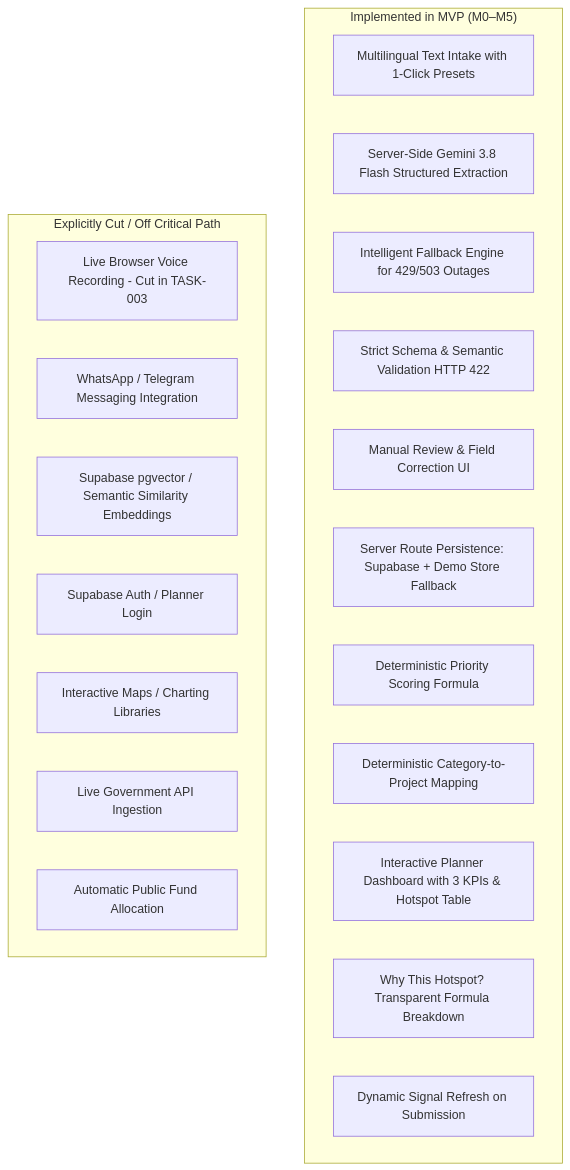
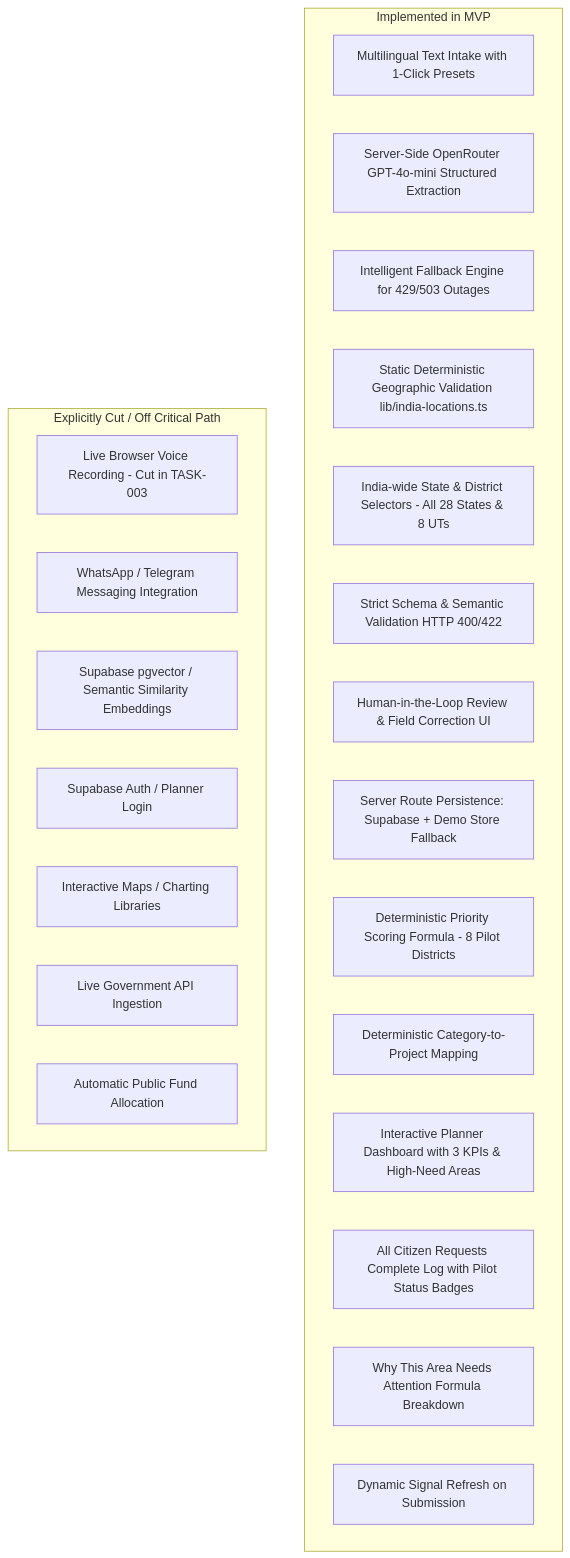
The diagram in docs/01_prd.md (preethamsolanki28/jansanket), drawn with Mermaid before and after one commit. The commit also changed other lines of this file and 19 other files, not shown here.

Commit message:
feat: expand citizen intake nationwide, decouple pilot analytics, and add all-requests dashboard feed

````diff
--- a/docs/01_prd.md
+++ b/docs/01_prd.md
@@ -56,26 +59,29 @@
 ```mermaid
 flowchart TD
-    subgraph Implemented ["Implemented in MVP (M0–M5)"]
+    subgraph Implemented ["Implemented in MVP"]
         F1[Multilingual Text Intake with 1-Click Presets]
-        F2[Server-Side Gemini 3.8 Flash Structured Extraction]
+        F2[Server-Side OpenRouter GPT-4o-mini Structured Extraction]
         F3[Intelligent Fallback Engine for 429/503 Outages]
-        F4[Strict Schema & Semantic Validation HTTP 422]
-        F5[Manual Review & Field Correction UI]
-        F6[Server Route Persistence: Supabase + Demo Store Fallback]
-        F7[Deterministic Priority Scoring Formula]
-        F8[Deterministic Category-to-Project Mapping]
-        F9[Interactive Planner Dashboard with 3 KPIs & Hotspot Table]
-        F10[Why This Hotspot? Transparent Formula Breakdown]
-        F11[Dynamic Signal Refresh on Submission]
+        F4[Static Deterministic Geographic Validation lib/india-locations.ts]
+        F5[India-wide State & District Selectors - All 28 States & 8 UTs]
+        F6[Strict Schema & Semantic Validation HTTP 400/422]
+        F7[Human-in-the-Loop Review & Field Correction UI]
+        F8[Server Route Persistence: Supabase + Demo Store Fallback]
+        F9[Deterministic Priority Scoring Formula - 8 Pilot Districts]
+        F10[Deterministic Category-to-Project Mapping]
+        F11[Interactive Planner Dashboard with 3 KPIs & High-Need Areas]
+        F12[All Citizen Requests Complete Log with Pilot Status Badges]
+        F13[Why This Area Needs Attention Formula Breakdown]
+        F14[Dynamic Signal Refresh on Submission]
     end
 
     subgraph Excluded ["Explicitly Cut / Off Critical Path"]
         E1[Live Browser Voice Recording - Cut in TASK-003]
         E2[WhatsApp / Telegram Messaging Integration]
         E3[Supabase pgvector / Semantic Similarity Embeddings]
         E4[Supabase Auth / Planner Login]
         E5[Interactive Maps / Charting Libraries]
         E6[Live Government API Ingestion]
         E7[Automatic Public Fund Allocation]
     end
 ```
````
